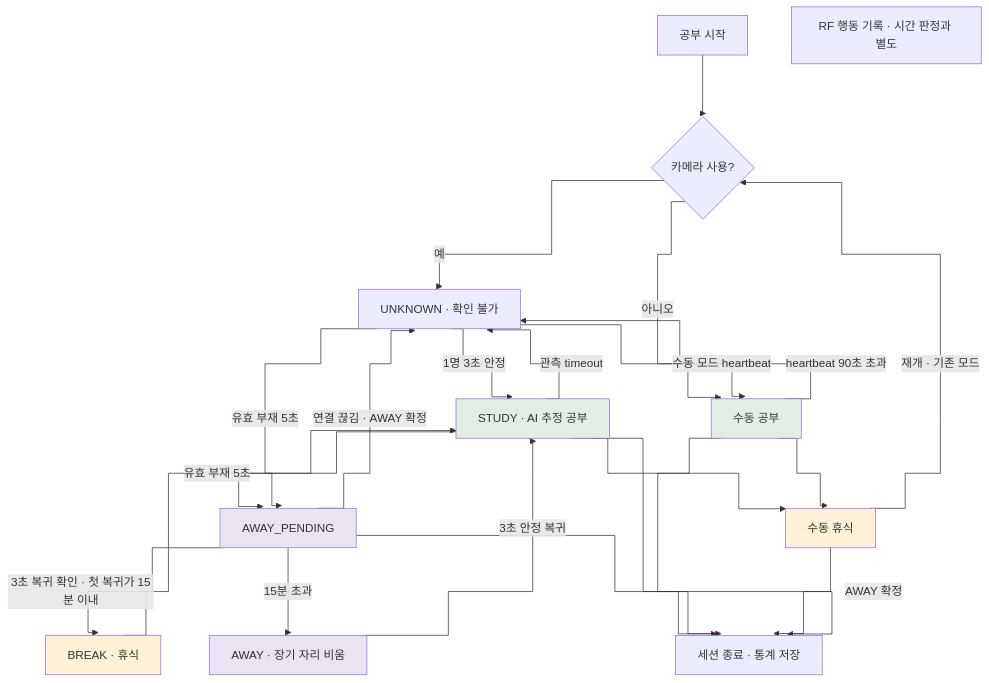
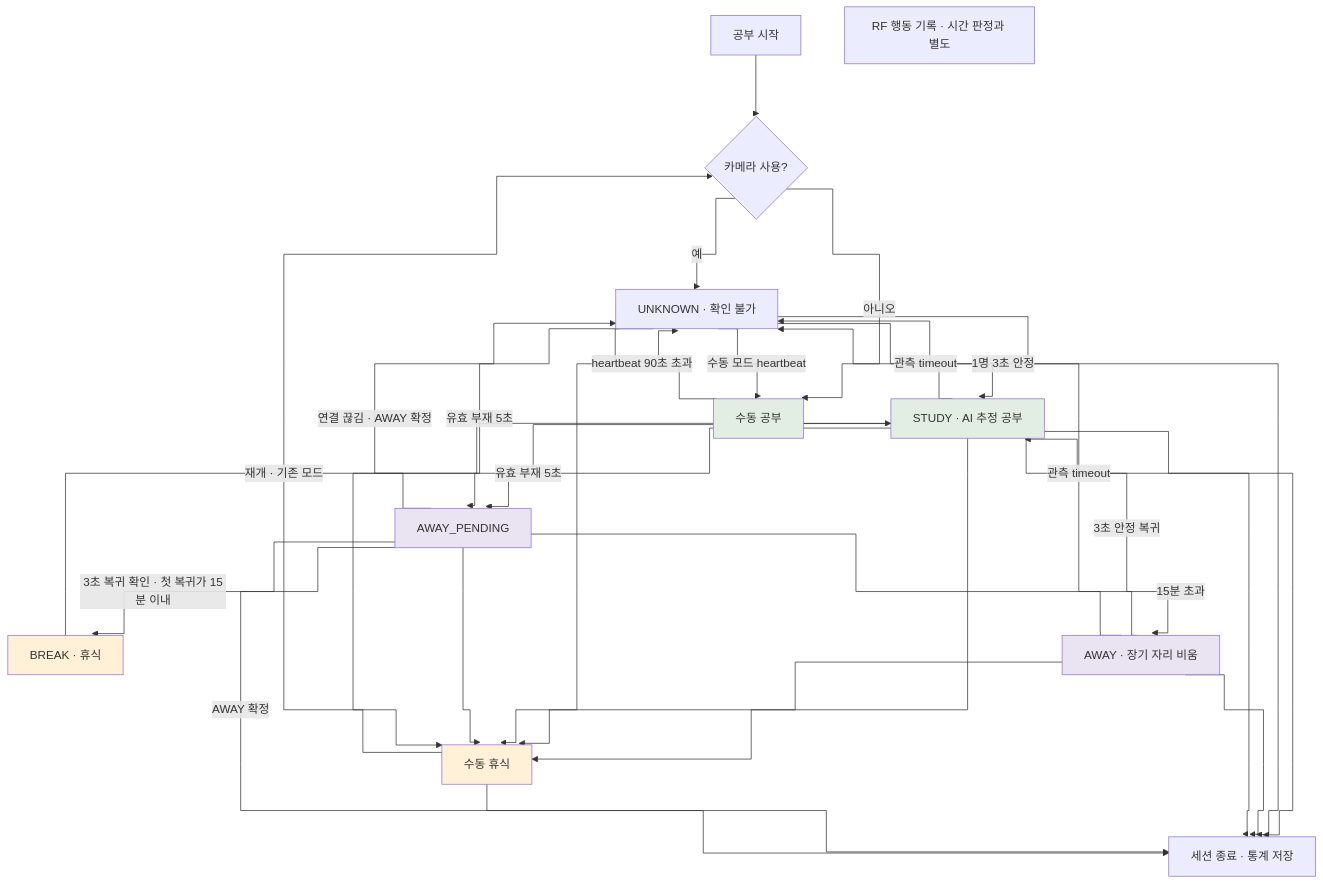
The diagram in docs/images/diagrams/05_study_state.mmd (HanaPark-lab/desk-habit-coach), drawn with Mermaid before and after one commit. The commit also changed 1 other file, not shown here.

Commit message:
docs: update study state transition diagram

```diff
--- a/docs/images/diagrams/05_study_state.mmd
+++ b/docs/images/diagrams/05_study_state.mmd
@@ -1,29 +1,29 @@
 ---
 config:
   flowchart:
     curve: step
     nodeSpacing: 60
     rankSpacing: 72
 ---
 flowchart TD
  S[공부 시작] --> Q{카메라 사용?}
  Q -->|예| U[UNKNOWN · 확인 불가]
  Q -->|아니오| M[수동 공부]
  U -->|1명 3초 안정| T[STUDY · AI 추정 공부]
  T & U -->|유효 부재 5초| A[AWAY_PENDING]
  A -->|3초 복귀 확인 · 첫 복귀가 15분 이내| B[BREAK · 휴식] --> T
  A -->|15분 초과| W[AWAY · 장기 자리 비움] -->|3초 안정 복귀| T
- T -->|관측 timeout| U
+ T & W -->|관측 timeout| U
  A -->|연결 끊김 · AWAY 확정| U
  M -->|heartbeat 90초 초과| U
  U -->|수동 모드 heartbeat| M
- T & M --> P[수동 휴식] -->|재개 · 기존 모드| Q
- T & M & P --> Z[세션 종료 · 통계 저장]
+ T & U & W & A & M --> P[수동 휴식] -->|재개 · 기존 모드| Q
+ T & U & W & M & P --> Z[세션 종료 · 통계 저장]
  A -->|AWAY 확정| Z
  RF["RF 행동 기록 · 시간 판정과 별도"]
  style T fill:#e2eee4
  style M fill:#e2eee4
  style B fill:#fff0d8
  style P fill:#fff0d8
  style A fill:#eae3f2
  style W fill:#eae3f2
```
